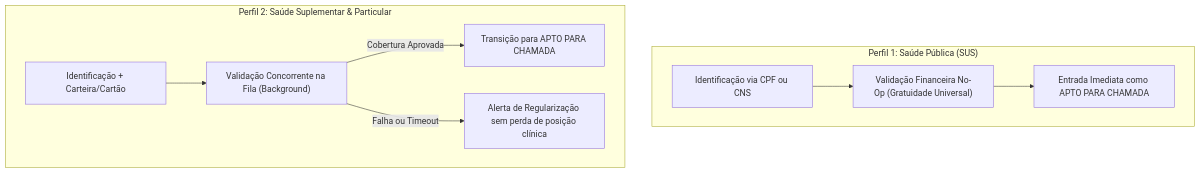
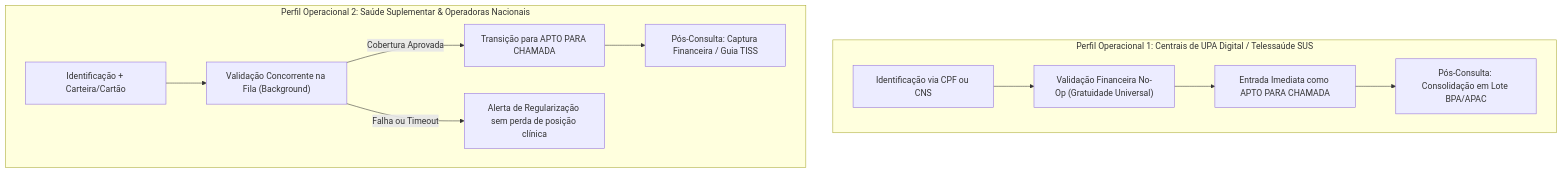
The second of 2 diagrams in docs/explanation/business-vision.md (Rafaelp122/medisync), drawn with Mermaid before and after one commit. The commit also changed other lines of this file and 17 other files, not shown here.

Commit message:
docs: alinhar visao de negocio, especificacao, user stories e auditoria para upa digital nacional

````diff
--- a/docs/explanation/business-vision.md
+++ b/docs/explanation/business-vision.md
@@ -141,13 +147,15 @@
 ```mermaid
 flowchart TD
-    subgraph ModoSUS["Perfil 1: Saúde Pública (SUS)"]
+    subgraph ModoSUS["Perfil Operacional 1: Centrais de UPA Digital / Telessaúde SUS"]
         S1["Identificação via CPF ou CNS"] --> S2["Validação Financeira No-Op (Gratuidade Universal)"]
         S2 --> S3["Entrada Imediata como APTO PARA CHAMADA"]
+        S3 --> S4["Pós-Consulta: Consolidação em Lote BPA/APAC"]
     end
 
-    subgraph ModoPrivado["Perfil 2: Saúde Suplementar & Particular"]
+    subgraph ModoPrivado["Perfil Operacional 2: Saúde Suplementar & Operadoras Nacionais"]
         P1["Identificação + Carteira/Cartão"] --> P2["Validação Concorrente na Fila (Background)"]
         P2 -->|Cobertura Aprovada| P3["Transição para APTO PARA CHAMADA"]
         P2 -->|Falha ou Timeout| P4["Alerta de Regularização sem perda de posição clínica"]
+        P3 --> P5["Pós-Consulta: Captura Financeira / Guia TISS"]
     end
 ```
````
